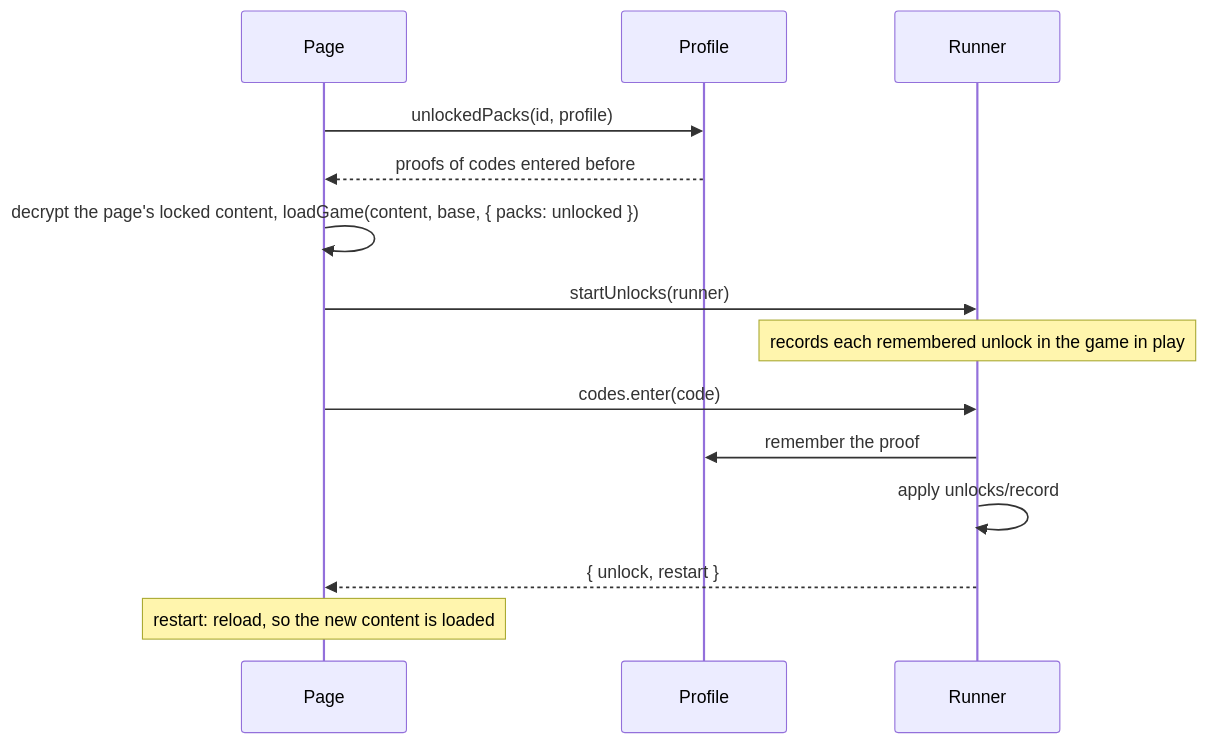
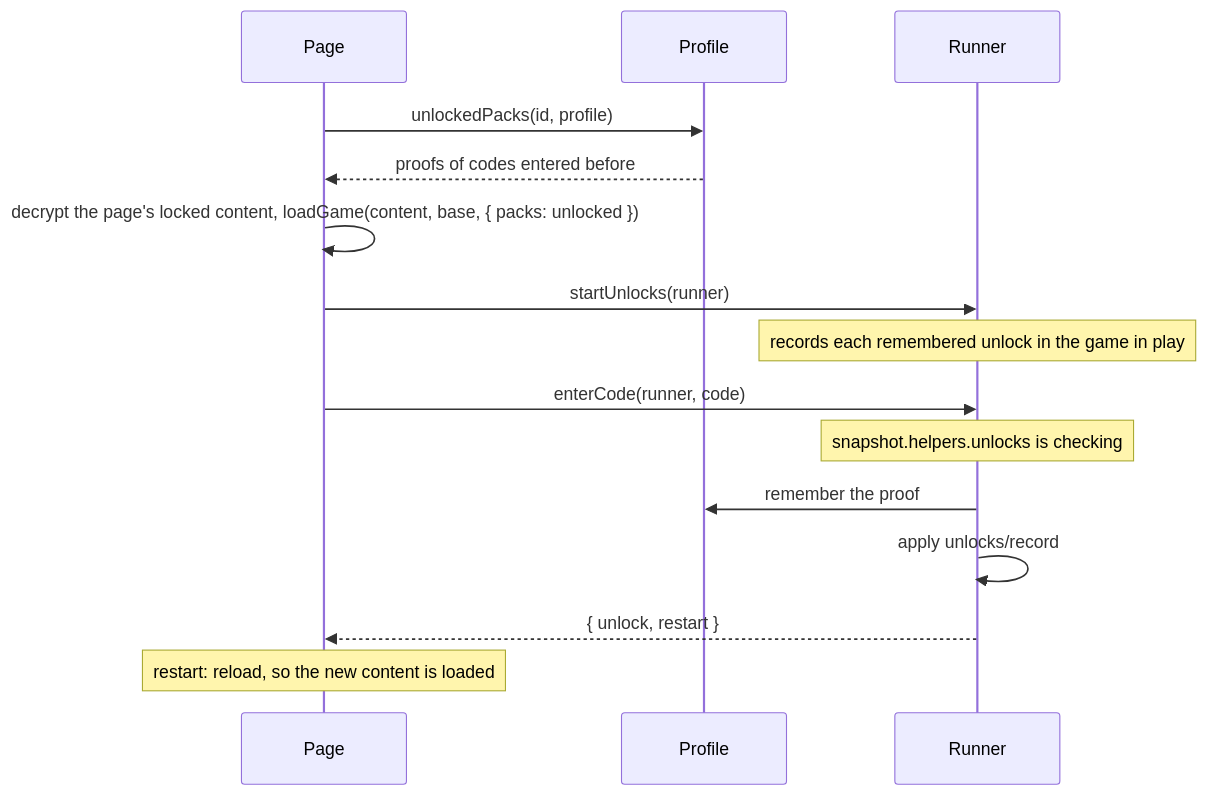
One commit to IFLoom/ifloom changed the diagram in site/content/docs/(latest)/plugins/unlocks.md. Above: the diagram before and after it, drawn with Mermaid. The commit also changed other lines of this file and 111 other files, not shown here.

First line of the commit message:
One runner snapshot, with the unlocks status in it

````diff
--- a/site/content/docs/(latest)/plugins/unlocks.md
+++ b/site/content/docs/(latest)/plugins/unlocks.md
@@ -153,16 +153,17 @@
 ```mermaid
 sequenceDiagram
   participant Page
   participant Profile
   participant Runner
   Page->>Profile: unlockedPacks(id, profile)
   Profile-->>Page: proofs of codes entered before
   Page->>Page: decrypt the page's locked content, loadGame(content, base, { packs: unlocked })
   Page->>Runner: startUnlocks(runner)
   Note over Runner: records each remembered unlock in the game in play
-  Page->>Runner: codes.enter(code)
+  Page->>Runner: enterCode(runner, code)
+  Note over Runner: snapshot.helpers.unlocks is checking
   Runner->>Profile: remember the proof
   Runner->>Runner: apply unlocks/record
   Runner-->>Page: { unlock, restart }
   Note over Page: restart: reload, so the new content is loaded
 ```
````
